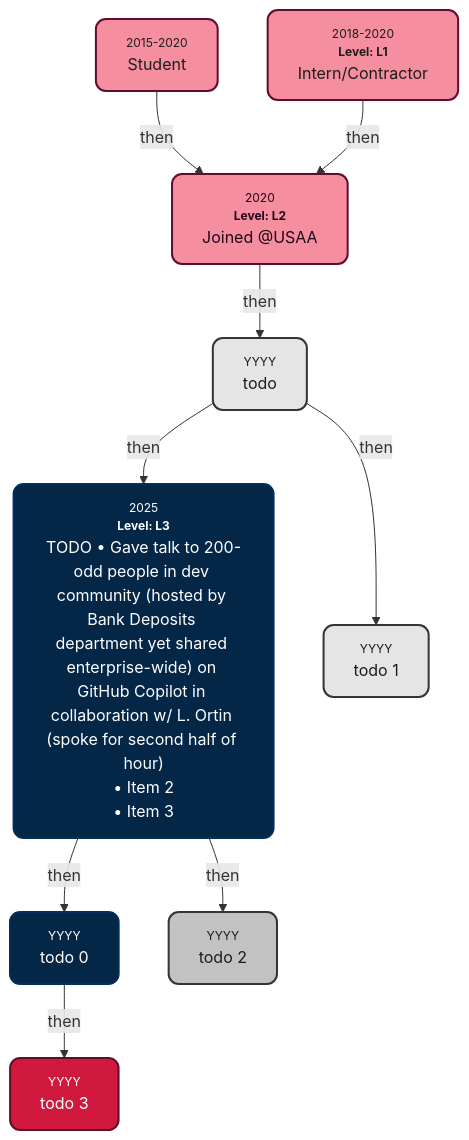
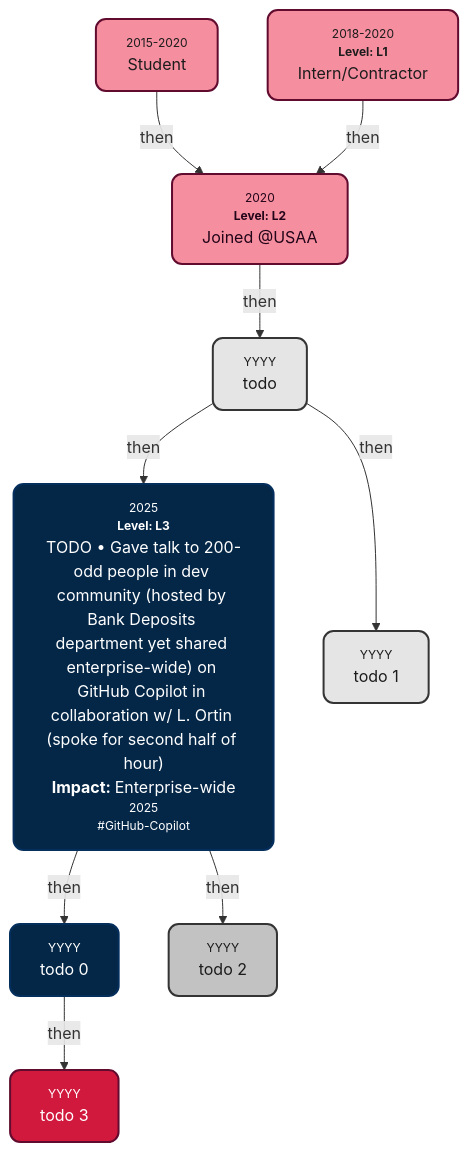
The diagram in README.md (s-sepanski/portfolio), drawn with Mermaid before and after one commit. The commit also changed other lines of this file, not shown here.

````diff
--- a/README.md
+++ b/README.md
@@ -30,22 +31,22 @@
 ```mermaid
 graph TD
     PreStudentNode["<div style='font-size:75%;  color:#848484; text-align:center;'>2015-2020</div>Student"] -->|then| A["<div style='font-size:75%; color:#848484; text-align:center;'>2020</div><div style='font-size:75%; color:#848484; text-align:center;'><b>Level: L2</b><br/></div>Joined @USAA<br>"]
     ContractorNode["<div style='font-size:75%; color:#848484; text-align:center;'>2018-2020</div><div style='font-size:75%; color:#848484; text-align:center;'><b>Level: L1</b></div>Intern/Contractor"] -->|then| A
     A -->|then| B["<div style='font-size:75%; color:#848484; text-align:center;'>YYYY</div>todo"]
-    B -->|then| C["<div style='font-size:75%; color:#848484; text-align:center;'>2025</div><div style='font-size:75%; color:#848484; text-align:center;'><b>Level: L3</b><br/></div><SWE 1 2025<br>TODO • Gave talk to 200-odd people in dev community (hosted by Bank Deposits department yet shared enterprise-wide) on GitHub Copilot in collaboration w/ L. Ortin (spoke for second half of hour)<br>• Item 2<br>• Item 3"]
+    B -->|then| C["<div style='font-size:75%; color:#848484; text-align:center;'>2025</div><div style='font-size:75%; color:#848484; text-align:center;'><b>Level: L3</b><br/></div><SWE 1 2025<br>TODO • Gave talk to 200-odd people in dev community (hosted by Bank Deposits department yet shared enterprise-wide) on GitHub Copilot in collaboration w/ L. Ortin (spoke for second half of hour)<br/><b>Impact: </b>Enterprise-wide<div style='font-size:75%; color:#848484; text-align:center;'>2025</div><div style='font-size:75%; color:#848484; text-align:center;'>#GitHub-Copilot<br/></div>"]
     C -->|then| D["<div style='font-size:75%; color:#848484; text-align:center;'>YYYY</div>todo 0"]
     B -->|then| E["<div style='font-size:75%; color:#848484; text-align:center;'>YYYY</div>todo 1"]
     C -->|then| F["<div style='font-size:75%; color:#848484; text-align:center;'>YYYY</div>todo 2"]
     D -->|then| G["<div style='font-size:75%; color:#848484; text-align:center;'>YYYY</div>todo 3"]
     style PreStudentNode fill:#f58e9f,stroke:#610b2f,stroke-width:2px,color:#1c1c1c
     style ContractorNode fill:#f58e9f,stroke:#610b2f,stroke-width:2px,color:#1c1c1c
     style A fill:#f58e9f,stroke:#610b2f,stroke-width:2px,color:#230519
     style B fill:#e5e5e5,stroke:#343434,stroke-width:2px,color:#1c1c1c
     style C fill:#042748,stroke:#042e5c,stroke-width:2px,color:#FFFFFF
     style D fill:#042748,stroke:#042e5c,stroke-width:2px,color:#FFFFFF
     style E fill:#e5e5e5,stroke:#343434,stroke-width:2px,color:#1c1c1c
     style F fill:#c2c2c2,stroke:#343434,stroke-width:2px,color:#1c1c1c
     style G fill:#d1193e,stroke:#610b2f,stroke-width:2px,color:#FFFFFF
     classDef rounded stroke-width:2px,rx:10,ry:10;
     class PreStudentNode,ContractorNode,A,B,C,D,E,F,G rounded;
 ```
````
